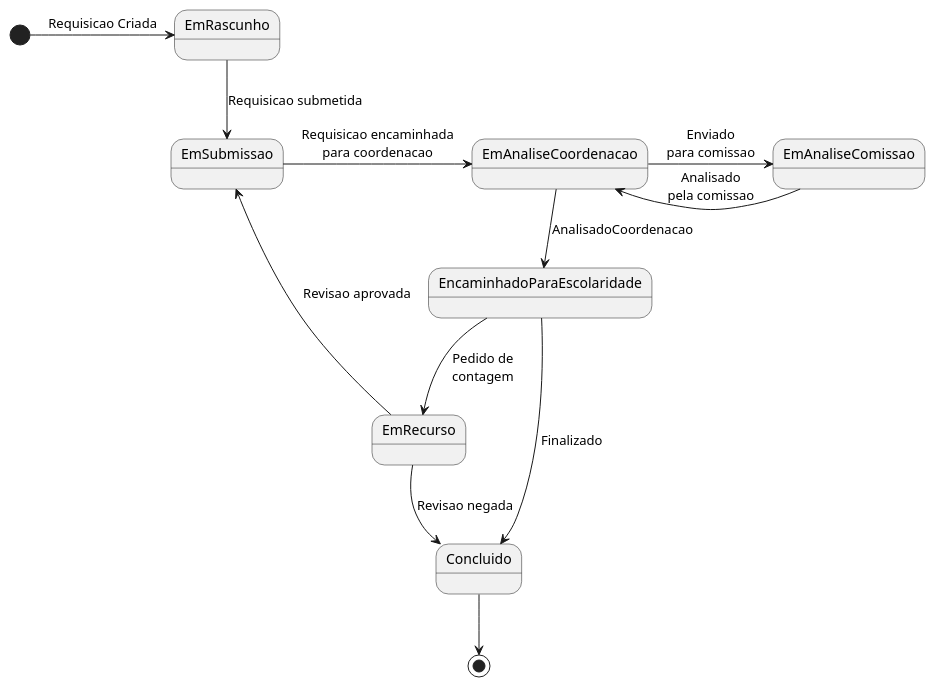
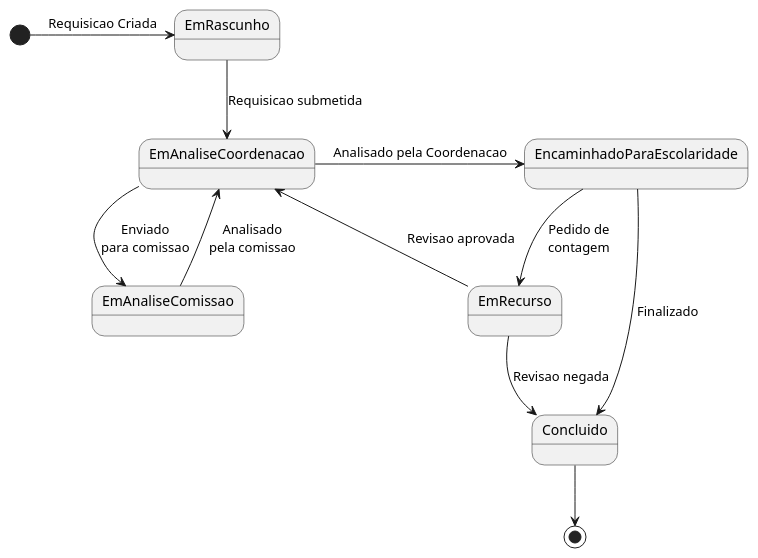
The diagram in docs_source/src/2. Níveis/2.4 Código - C4/2.4.3 Máquina de estados/ME_requisicao.puml (kvojps/sistema-acs), drawn with PlantUML before and after one commit. The commit also changed 2 other files, not shown here.

Commit message:
[fix]: refactor state machine diagram and e description

```diff
--- a/docs_source/src/2. Níveis/2.4 Código - C4/2.4.3 Máquina de estados/ME_requisicao.puml
+++ b/docs_source/src/2. Níveis/2.4 Código - C4/2.4.3 Máquina de estados/ME_requisicao.puml
@@ -1,15 +1,14 @@
 @startuml Requisição
 
 [*] -> EmRascunho : Requisicao Criada
-EmRascunho --> EmSubmissao : Requisicao submetida
-EmSubmissao -> EmAnaliseCoordenacao : Requisicao encaminhada\npara coordenacao
+EmRascunho --> EmAnaliseCoordenacao : Requisicao submetida
 EmAnaliseCoordenacao -> EmAnaliseComissao : Enviado\npara comissao
-EmAnaliseComissao -> EmAnaliseCoordenacao : Analisado\npela comissao
-EmAnaliseCoordenacao --> EncaminhadoParaEscolaridade : AnalisadoCoordenacao
+EmAnaliseComissao --> EmAnaliseCoordenacao : Analisado\npela comissao
+EmAnaliseCoordenacao -> EncaminhadoParaEscolaridade : Analisado pela Coordenacao
 EncaminhadoParaEscolaridade --> EmRecurso : Pedido de\ncontagem
-EmRecurso --> EmSubmissao : Revisao aprovada
+EmRecurso --> EmAnaliseCoordenacao : Revisao aprovada
 EmRecurso --> Concluido : Revisao negada
 EncaminhadoParaEscolaridade --> Concluido : Finalizado
 Concluido --> [*]
 
 @enduml
```
